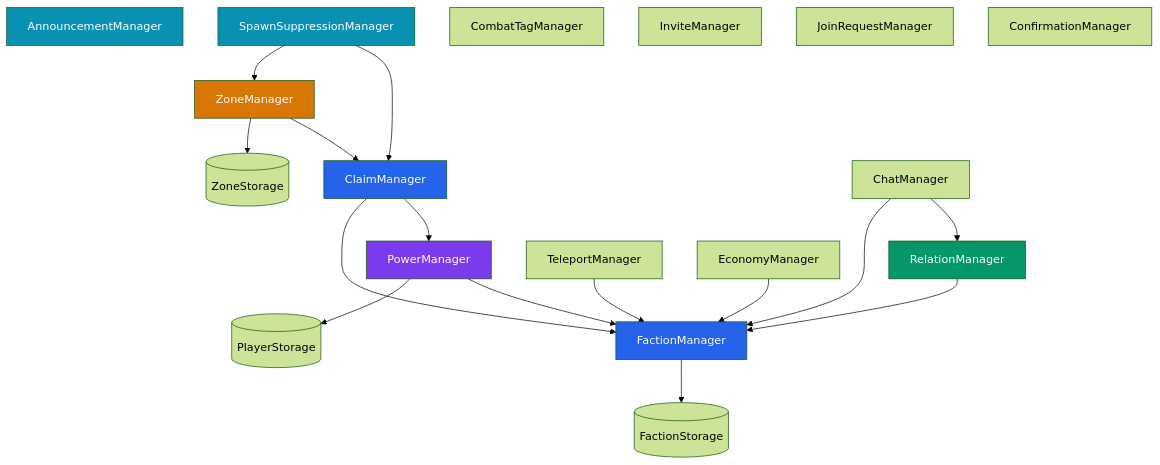
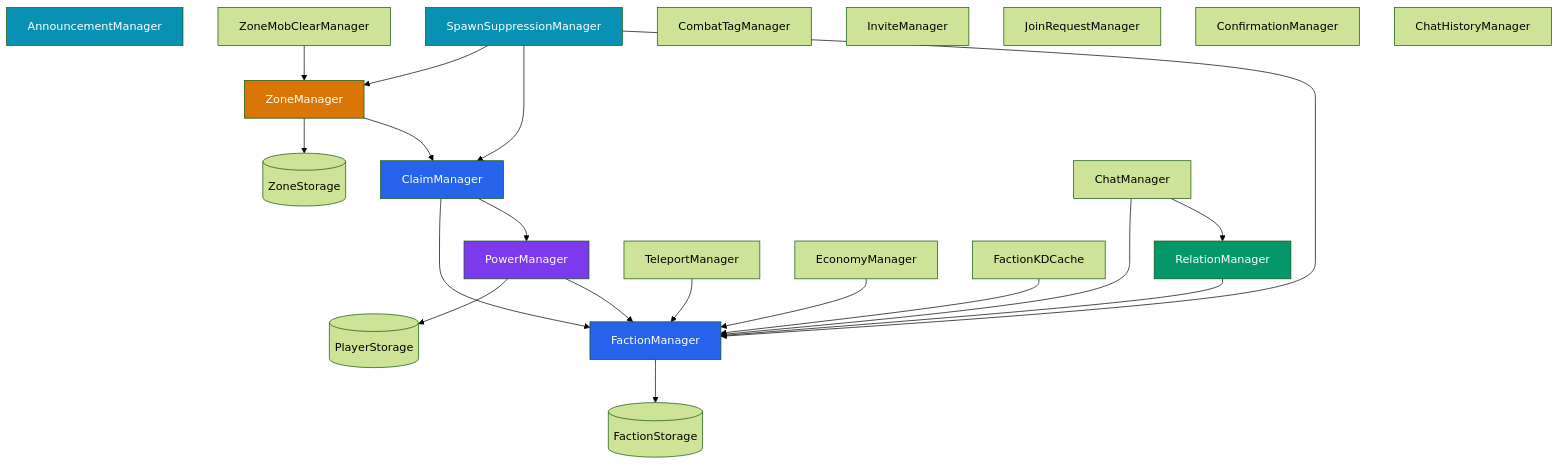
The diagram in docs/managers.md (HyperSystems-Development/HyperFactions), drawn with Mermaid (forest theme) before and after one commit. The commit also changed other lines of this file and 875 other files, not shown here.

````diff
--- a/docs/managers.md
+++ b/docs/managers.md
@@ -22,30 +22,34 @@
 ```mermaid
 graph TD
     FM[FactionManager] --> FS[(FactionStorage)]
     PM[PowerManager] --> PS[(PlayerStorage)]
     PM --> FM
     CM[ClaimManager] --> FM
     CM --> PM
     RM[RelationManager] --> FM
     ZM[ZoneManager] --> ZS[(ZoneStorage)]
     ZM --> CM
     TM[TeleportManager] --> FM
     ChM[ChatManager] --> FM
     ChM --> RM
     EM[EconomyManager] --> FM
     AM[AnnouncementManager]
     SSM[SpawnSuppressionManager] --> ZM
     SSM --> CM
+    SSM --> FM
+    ZMCM[ZoneMobClearManager] --> ZM
+    KDC[FactionKDCache] --> FM
     CTM[CombatTagManager]
     IM[InviteManager]
     JRM[JoinRequestManager]
     CoM[ConfirmationManager]
+    CHM[ChatHistoryManager]
 
     style FM fill:#2563eb,color:#fff
     style CM fill:#2563eb,color:#fff
     style PM fill:#7c3aed,color:#fff
     style RM fill:#059669,color:#fff
     style ZM fill:#d97706,color:#fff
     style AM fill:#0891b2,color:#fff
     style SSM fill:#0891b2,color:#fff
 ```
````
